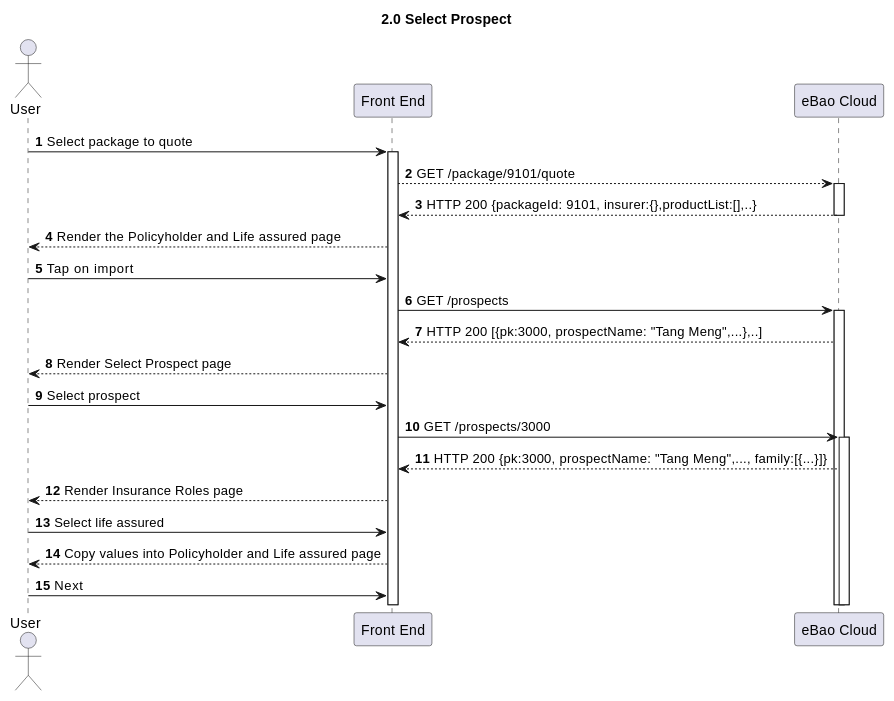
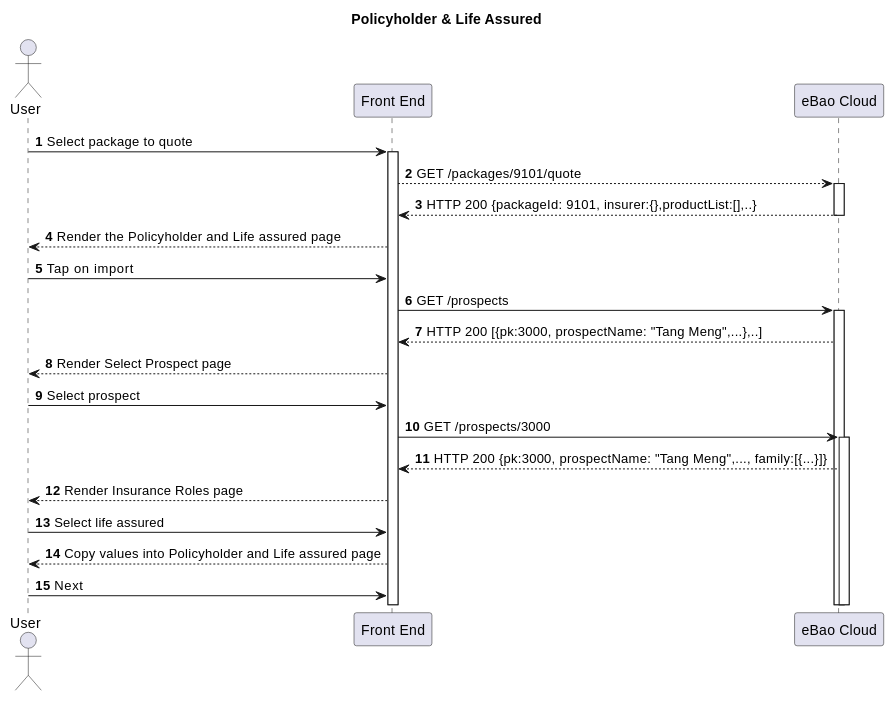
One commit to yitchoong/cloudapi changed the fifth of 12 diagrams in markdown/products-2.md. Above: the diagram before and after it, drawn with PlantUML. The commit also changed other lines of this file and 5 other files, not shown here.

````diff
--- a/markdown/products-2.md
+++ b/markdown/products-2.md
@@ -240,29 +247,29 @@
 ```puml
-title **2.0 Select Prospect**
+title **Policyholder & Life Assured**
 actor "User" as user
 participant "Front End" as front
 participant "eBao Cloud" as ebao
 autonumber
 
 user -> front : Select package to quote
 activate front
-front --> ebao : GET /package/9101/quote
+front --> ebao : GET /packages/9101/quote
 activate ebao
 ebao --> front : HTTP 200 {packageId: 9101, insurer:{},productList:[],..}
 deactivate ebao
 front --> user : Render the Policyholder and Life assured page
 user -> front : Tap on import
 front -> ebao: GET /prospects
 activate ebao
 ebao --> front : HTTP 200 [{pk:3000, prospectName: "Tang Meng",...},..]
 front --> user : Render Select Prospect page
 user -> front : Select prospect
 front -> ebao : GET /prospects/3000
 activate ebao
 ebao --> front : HTTP 200 {pk:3000, prospectName: "Tang Meng",..., family:[{...}]}
 front --> user : Render Insurance Roles page
 user -> front : Select life assured
 front --> user : Copy values into Policyholder and Life assured page
 user -> front : Next
 
 ```
````
